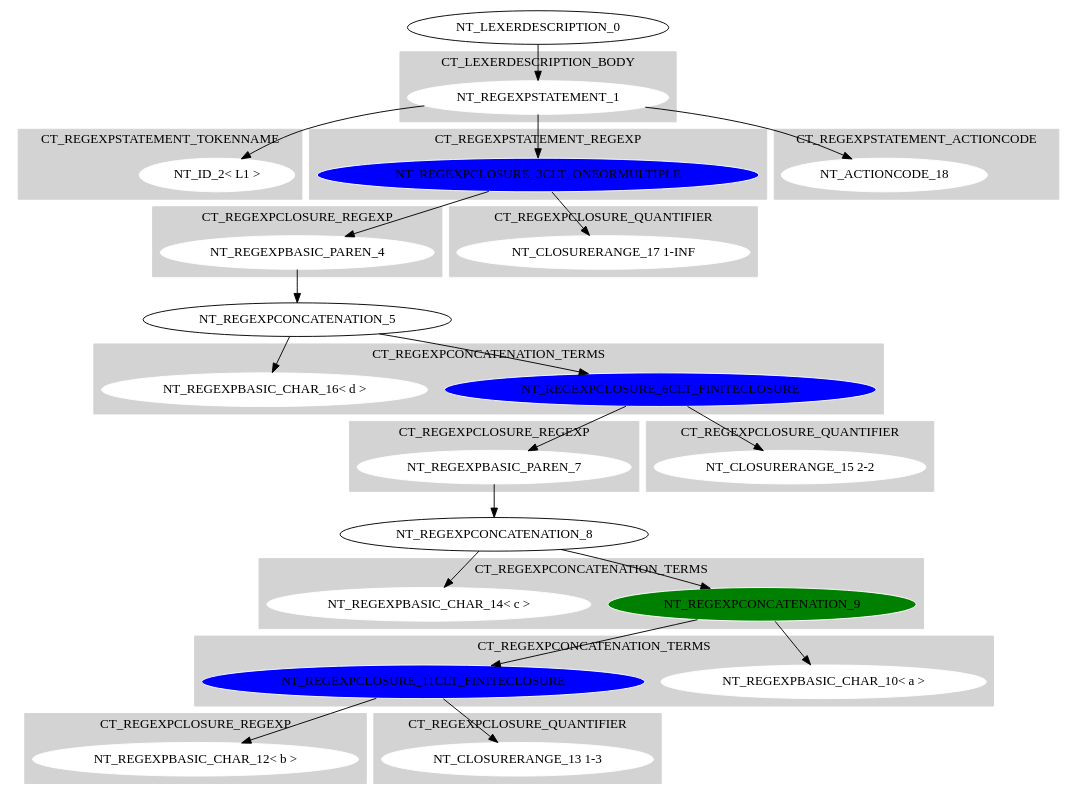
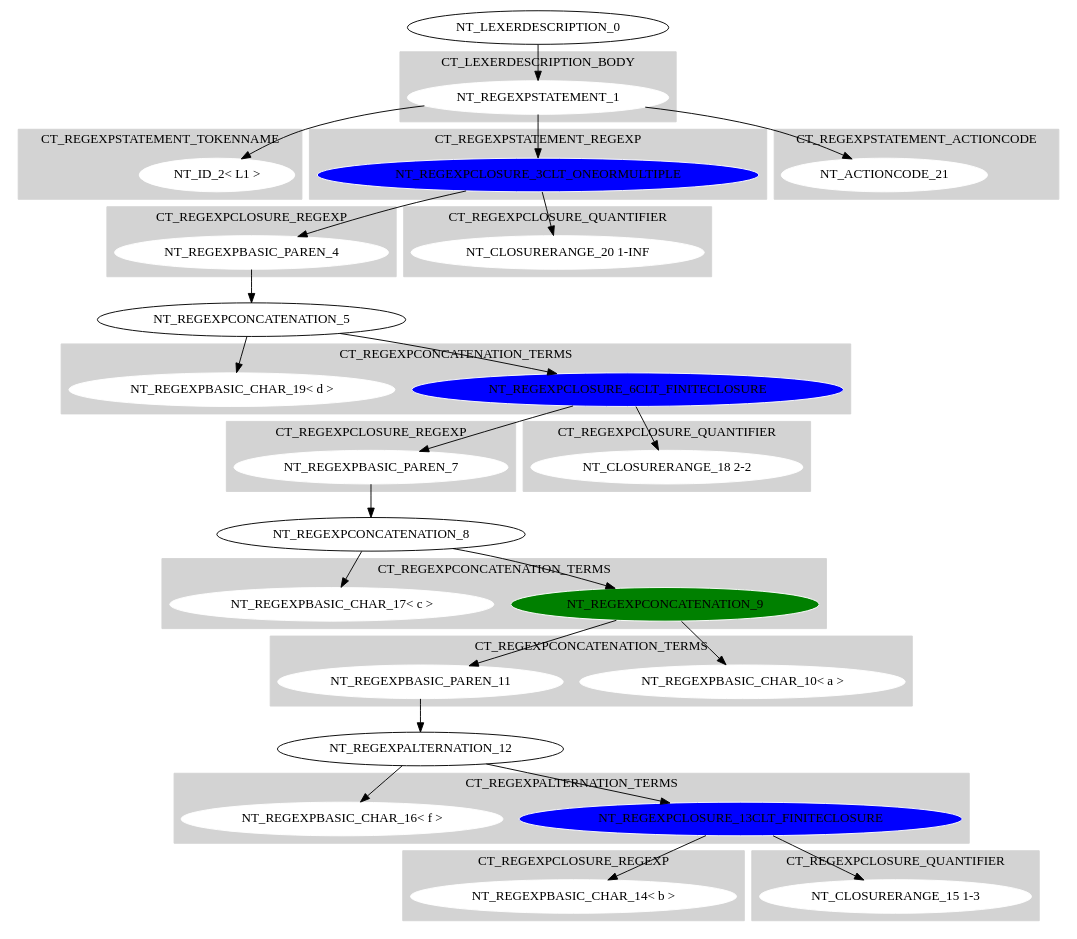
Before and after one commit to GDimitroulakos/EDUFLEX: the diagram in DFASimulator/Testbench/testAST.dot, drawn with Graphviz. The commit also changed 34 other files, not shown here.

```diff
--- a/DFASimulator/Testbench/testAST.dot
+++ b/DFASimulator/Testbench/testAST.dot
@@ -1,153 +1,171 @@
 digraph {
 
 subgraph cluster0 {
  node [style=filled,color=white];
  style=filled;
  color=lightgrey;
  label = "CT_LEXERDESCRIPTION_BODY";
 
 "NT_REGEXPSTATEMENT_1"
 }
 "NT_LEXERDESCRIPTION_0"->"NT_REGEXPSTATEMENT_1"
 subgraph cluster1 {
  node [style=filled,color=white];
  style=filled;
  color=lightgrey;
  label = "CT_REGEXPSTATEMENT_TOKENNAME";
 
 "NT_ID_2< L1 >"
 }
 subgraph cluster2 {
  node [style=filled,color=white];
  style=filled;
  color=lightgrey;
  label = "CT_REGEXPSTATEMENT_REGEXP";
 
 "NT_REGEXPCLOSURE_3CLT_ONEORMULTIPLE"
  [fillcolor = blue]
 }
 subgraph cluster3 {
  node [style=filled,color=white];
  style=filled;
  color=lightgrey;
  label = "CT_REGEXPSTATEMENT_ACTIONCODE";
 
-"NT_ACTIONCODE_18"
+"NT_ACTIONCODE_21"
 }
 subgraph cluster4 {
  node [style=filled,color=white];
  style=filled;
  color=lightgrey;
  label = "CT_REGEXPSTATEMENT_TOKENNAME";
 
 }
 "NT_REGEXPSTATEMENT_1"->"NT_ID_2< L1 >"
 "NT_REGEXPSTATEMENT_1"->"NT_REGEXPCLOSURE_3CLT_ONEORMULTIPLE"
 subgraph cluster5 {
  node [style=filled,color=white];
  style=filled;
  color=lightgrey;
  label = "CT_REGEXPCLOSURE_REGEXP";
 
 "NT_REGEXPBASIC_PAREN_4"
 }
 subgraph cluster6 {
  node [style=filled,color=white];
  style=filled;
  color=lightgrey;
  label = "CT_REGEXPCLOSURE_QUANTIFIER";
 
-"NT_CLOSURERANGE_17 1-INF"
+"NT_CLOSURERANGE_20 1-INF"
 }
 "NT_REGEXPCLOSURE_3CLT_ONEORMULTIPLE"->"NT_REGEXPBASIC_PAREN_4"
 subgraph cluster7 {
  node [style=filled,color=white];
  style=filled;
  color=lightgrey;
  label = "CT_RGEXPBASIC_PAREN";
 
 }
 "NT_REGEXPBASIC_PAREN_4"->"NT_REGEXPCONCATENATION_5"
 subgraph cluster8 {
  node [style=filled,color=white];
  style=filled;
  color=lightgrey;
  label = "CT_REGEXPCONCATENATION_TERMS";
 
 "NT_REGEXPCLOSURE_6CLT_FINITECLOSURE"
  [fillcolor = blue]
-"NT_REGEXPBASIC_CHAR_16< d >"
+"NT_REGEXPBASIC_CHAR_19< d >"
 }
 "NT_REGEXPCONCATENATION_5"->"NT_REGEXPCLOSURE_6CLT_FINITECLOSURE"
 subgraph cluster9 {
  node [style=filled,color=white];
  style=filled;
  color=lightgrey;
  label = "CT_REGEXPCLOSURE_REGEXP";
 
 "NT_REGEXPBASIC_PAREN_7"
 }
 subgraph cluster10 {
  node [style=filled,color=white];
  style=filled;
  color=lightgrey;
  label = "CT_REGEXPCLOSURE_QUANTIFIER";
 
-"NT_CLOSURERANGE_15 2-2"
+"NT_CLOSURERANGE_18 2-2"
 }
 "NT_REGEXPCLOSURE_6CLT_FINITECLOSURE"->"NT_REGEXPBASIC_PAREN_7"
 subgraph cluster11 {
  node [style=filled,color=white];
  style=filled;
  color=lightgrey;
  label = "CT_RGEXPBASIC_PAREN";
 
 }
 "NT_REGEXPBASIC_PAREN_7"->"NT_REGEXPCONCATENATION_8"
 subgraph cluster12 {
  node [style=filled,color=white];
  style=filled;
  color=lightgrey;
  label = "CT_REGEXPCONCATENATION_TERMS";
 
 "NT_REGEXPCONCATENATION_9"
  [fillcolor = green]
-"NT_REGEXPBASIC_CHAR_14< c >"
+"NT_REGEXPBASIC_CHAR_17< c >"
 }
 "NT_REGEXPCONCATENATION_8"->"NT_REGEXPCONCATENATION_9"
 subgraph cluster13 {
  node [style=filled,color=white];
  style=filled;
  color=lightgrey;
  label = "CT_REGEXPCONCATENATION_TERMS";
 
 "NT_REGEXPBASIC_CHAR_10< a >"
-"NT_REGEXPCLOSURE_11CLT_FINITECLOSURE"
- [fillcolor = blue]
+"NT_REGEXPBASIC_PAREN_11"
 }
 "NT_REGEXPCONCATENATION_9"->"NT_REGEXPBASIC_CHAR_10< a >"
-"NT_REGEXPCONCATENATION_9"->"NT_REGEXPCLOSURE_11CLT_FINITECLOSURE"
+"NT_REGEXPCONCATENATION_9"->"NT_REGEXPBASIC_PAREN_11"
 subgraph cluster14 {
+ node [style=filled,color=white];
+ style=filled;
+ color=lightgrey;
+ label = "CT_RGEXPBASIC_PAREN";
+
+}
+"NT_REGEXPBASIC_PAREN_11"->"NT_REGEXPALTERNATION_12"
+subgraph cluster15 {
+ node [style=filled,color=white];
+ style=filled;
+ color=lightgrey;
+ label = "CT_REGEXPALTERNATION_TERMS";
+
+"NT_REGEXPCLOSURE_13CLT_FINITECLOSURE"
+ [fillcolor = blue]"NT_REGEXPBASIC_CHAR_16< f >"
+}
+"NT_REGEXPALTERNATION_12"->"NT_REGEXPCLOSURE_13CLT_FINITECLOSURE"
+subgraph cluster16 {
  node [style=filled,color=white];
  style=filled;
  color=lightgrey;
  label = "CT_REGEXPCLOSURE_REGEXP";
 
-"NT_REGEXPBASIC_CHAR_12< b >"
+"NT_REGEXPBASIC_CHAR_14< b >"
 }
-subgraph cluster15 {
+subgraph cluster17 {
  node [style=filled,color=white];
  style=filled;
  color=lightgrey;
  label = "CT_REGEXPCLOSURE_QUANTIFIER";
 
-"NT_CLOSURERANGE_13 1-3"
+"NT_CLOSURERANGE_15 1-3"
 }
-"NT_REGEXPCLOSURE_11CLT_FINITECLOSURE"->"NT_REGEXPBASIC_CHAR_12< b >"
-"NT_REGEXPCLOSURE_11CLT_FINITECLOSURE"->"NT_CLOSURERANGE_13 1-3"
-"NT_REGEXPCONCATENATION_8"->"NT_REGEXPBASIC_CHAR_14< c >"
-"NT_REGEXPCLOSURE_6CLT_FINITECLOSURE"->"NT_CLOSURERANGE_15 2-2"
-"NT_REGEXPCONCATENATION_5"->"NT_REGEXPBASIC_CHAR_16< d >"
-"NT_REGEXPCLOSURE_3CLT_ONEORMULTIPLE"->"NT_CLOSURERANGE_17 1-INF"
-"NT_REGEXPSTATEMENT_1"->"NT_ACTIONCODE_18"
+"NT_REGEXPCLOSURE_13CLT_FINITECLOSURE"->"NT_REGEXPBASIC_CHAR_14< b >"
+"NT_REGEXPCLOSURE_13CLT_FINITECLOSURE"->"NT_CLOSURERANGE_15 1-3"
+"NT_REGEXPALTERNATION_12"->"NT_REGEXPBASIC_CHAR_16< f >"
+"NT_REGEXPCONCATENATION_8"->"NT_REGEXPBASIC_CHAR_17< c >"
+"NT_REGEXPCLOSURE_6CLT_FINITECLOSURE"->"NT_CLOSURERANGE_18 2-2"
+"NT_REGEXPCONCATENATION_5"->"NT_REGEXPBASIC_CHAR_19< d >"
+"NT_REGEXPCLOSURE_3CLT_ONEORMULTIPLE"->"NT_CLOSURERANGE_20 1-INF"
+"NT_REGEXPSTATEMENT_1"->"NT_ACTIONCODE_21"
 }
```
